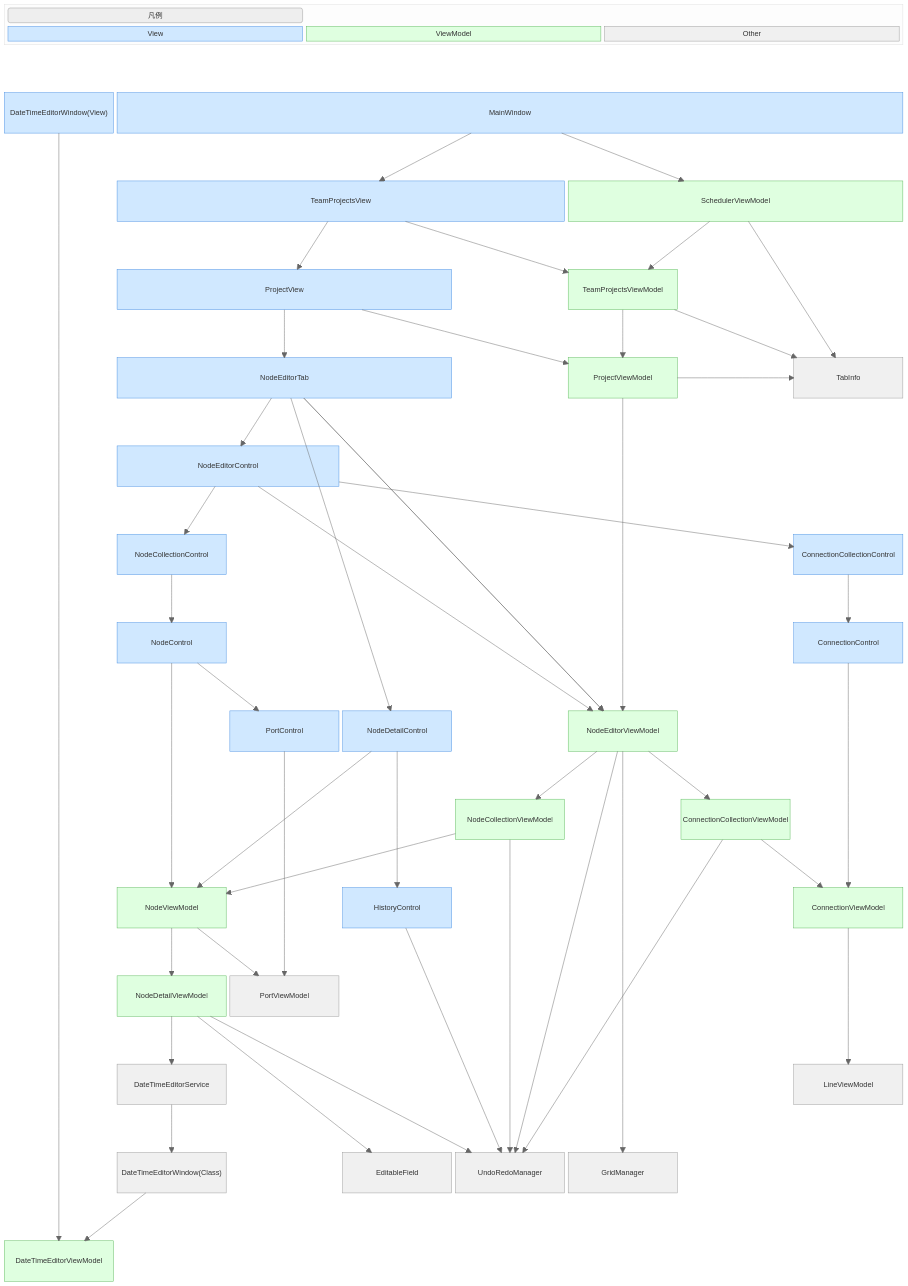
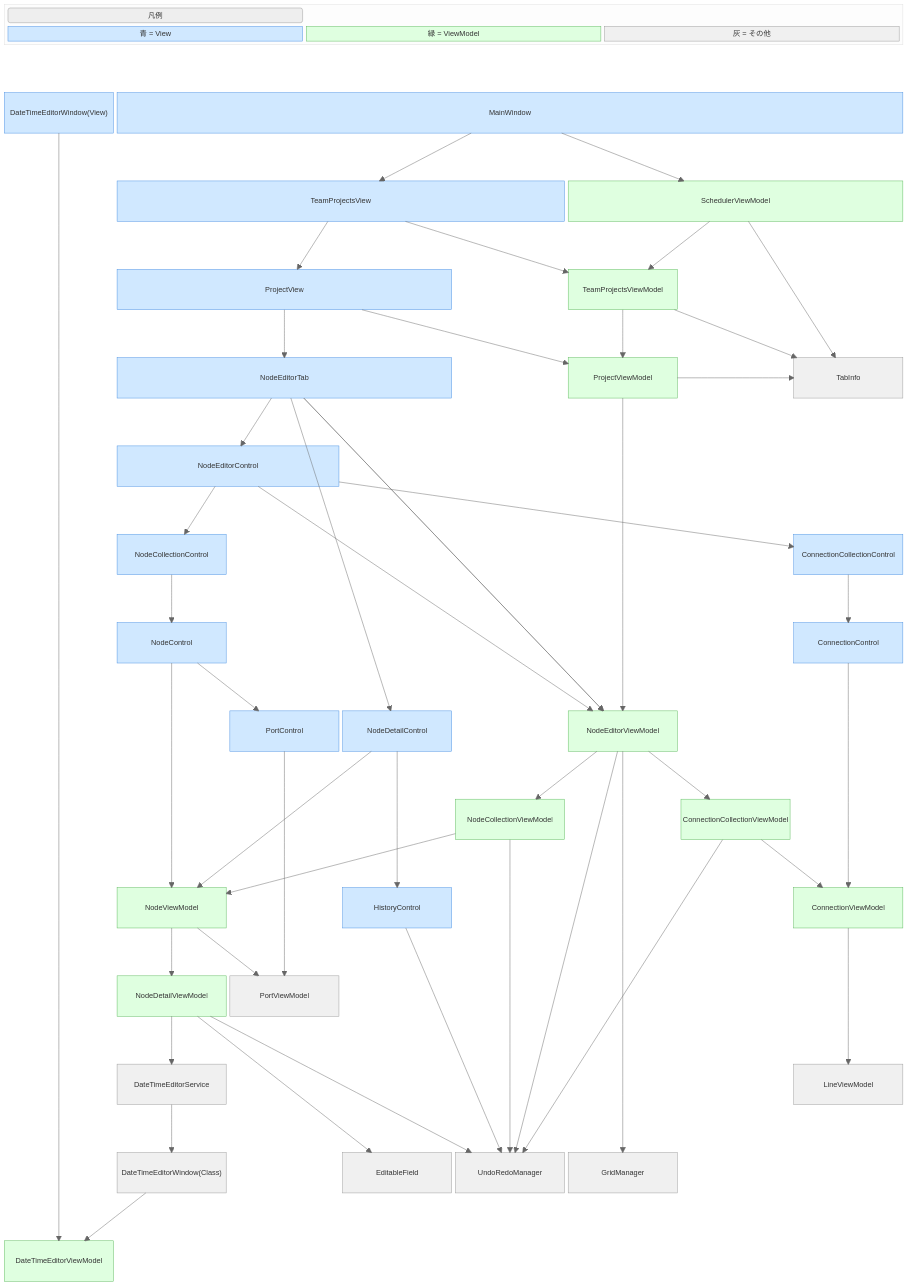
One commit to WhiteCatMonar/WcmScheduler changed the diagram in README.md. Above: the diagram before and after it, drawn with Mermaid (neutral theme). The commit also changed other lines of this file and 15 other files, not shown here.

Commit message:
リファクタリング：ViewModelBaseを導入しコードを簡略化

```diff
--- a/README.md
+++ b/README.md
@@ -138,9 +139,9 @@
         columns 3
         legend("凡例"):3
 
-        View
-        ViewModel
-        Other
+        View["青 = View"]
+        ViewModel["緑 = ViewModel"]
+        Other["灰 = その他"]
     end
 
     space:8
```
